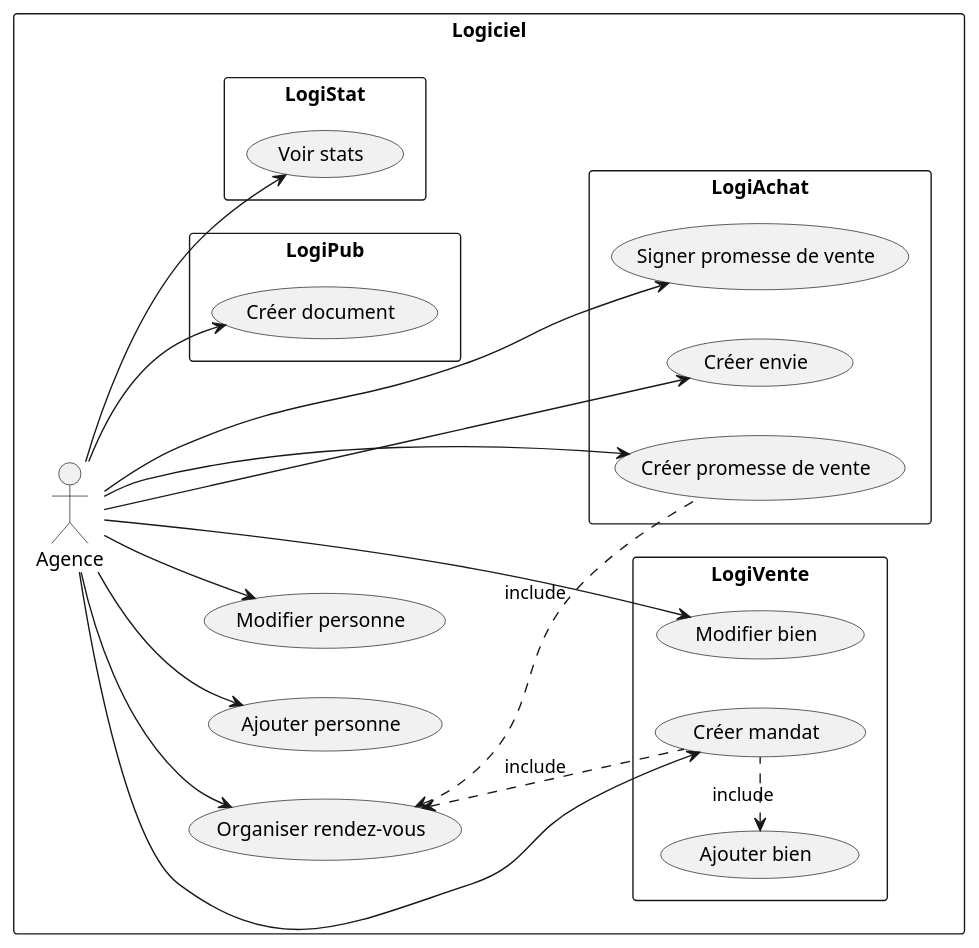
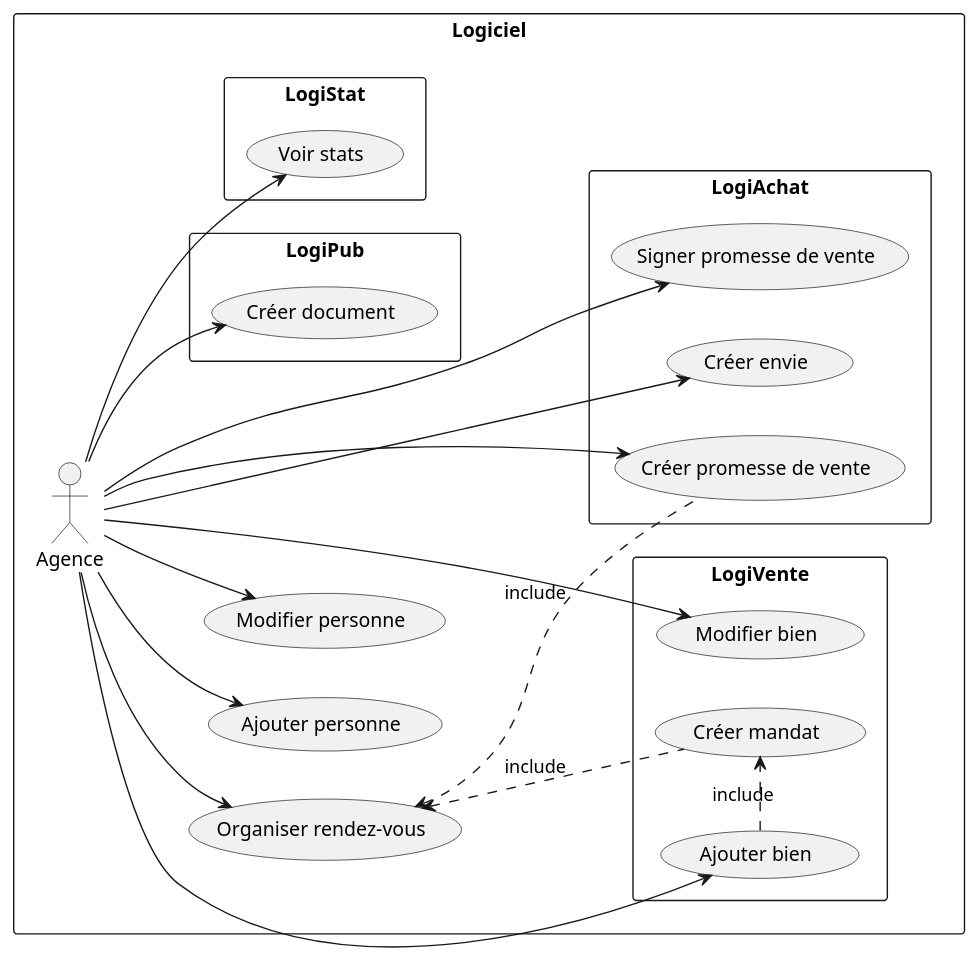
The diagram in DOC/UML/diagUseCase.plantuml (DenisGuiraudet/MIASHS_UML_PTUT), drawn with PlantUML before and after one commit. The commit also changed 2 other files, not shown here.

Commit message:
UML : class

```diff
--- a/DOC/UML/diagUseCase.plantuml
+++ b/DOC/UML/diagUseCase.plantuml
@@ -2,38 +2,38 @@
 @startuml
 
 left to right direction
 
 rectangle "Logiciel" {
 
   (Organiser rendez-vous)
 
   Agence --> (Ajouter personne)
   Agence --> (Modifier personne)
   Agence --> (Organiser rendez-vous)
 
   rectangle "LogiVente"{
-    (Ajouter bien) <.right. (Créer mandat) : include
+    (Ajouter bien) .right.> (Créer mandat) : include
     Agence --> (Modifier bien)
-    Agence --> (Créer mandat)
+    Agence --> (Ajouter bien)
     (Créer mandat) .up.> (Organiser rendez-vous) : include
   }
 
   rectangle "LogiAchat"{
     Agence --> (Créer promesse de vente)
     Agence --> (Créer envie)
     (Créer promesse de vente) .up.> (Organiser rendez-vous) : include
     Agence --> (Signer promesse de vente)
   }
 
   rectangle "LogiPub"{
     Agence --> (Créer document)
   }
 
   rectangle "LogiStat"{
     Agence --> (Voir stats)
   }
 
 }
 
 
 @enduml
```
